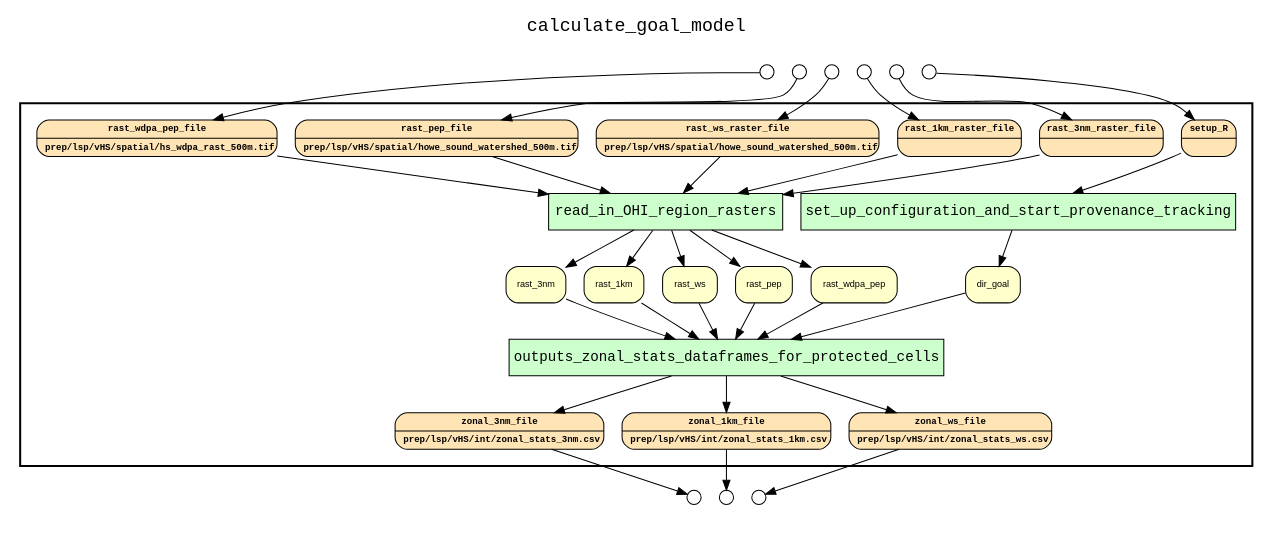
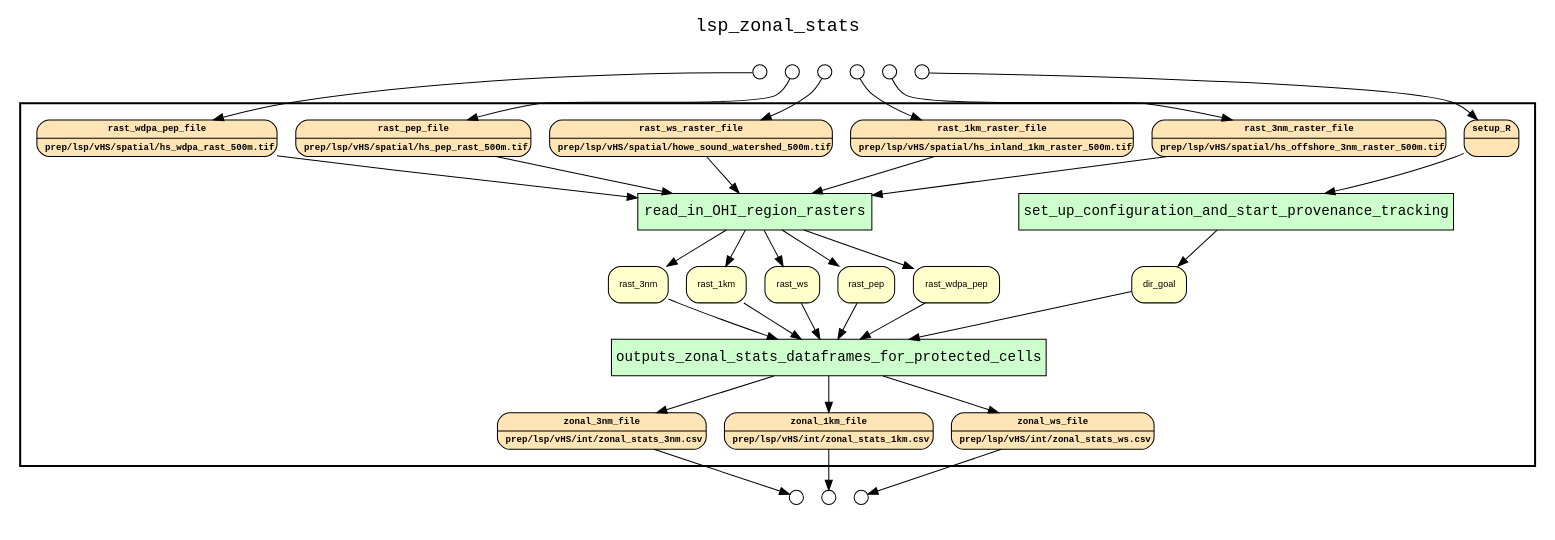
The diagram in examples/OHIBC_Howe_Sound/hybrid provenance queries/examples/lsp_zonal_stats/results/wf_recon_complete_graph_all_observables.gv (sycao5/runManager-multipleRuns), drawn with Graphviz before and after one commit. The commit also changed 106 other files, not shown here.

Commit message:
Update YW WF graphs for lsp_zonal_stats.R, estimate_status_and_trend_by_year.R, and combine_inland_offshore.R

```diff
--- a/examples/OHIBC_Howe_Sound/hybrid provenance queries/examples/lsp_zonal_stats/results/wf_recon_complete_graph_all_observables.gv
+++ b/examples/OHIBC_Howe_Sound/hybrid provenance queries/examples/lsp_zonal_stats/results/wf_recon_complete_graph_all_observables.gv
@@ -1,80 +1,80 @@
 
 digraph yw_data_view {
 rankdir=TB
 fontname=Courier; fontsize=18; labelloc=t
-label="calculate_goal_model"
+label="lsp_zonal_stats"
 subgraph cluster_workflow { label=""; color=black; penwidth=2
 subgraph cluster_workflow_inner { label=""; color=white
 node[shape=box style="filled" fillcolor="#CCFFCC" peripheries=1 fontname=Courier]
 set_up_configuration_and_start_provenance_tracking
 read_in_OHI_region_rasters
 outputs_zonal_stats_dataframes_for_protected_cells
 node[shape=box style="filled" fillcolor="#CCFFCC" peripheries=1 fontname=Courier]
 node[shape=box style="rounded,filled" fillcolor="#FFE4B5" peripheries=1 fontname="Courier-Bold" fontsize=9]
 setup_R[shape=record rankdir=LR label="{<f0> setup_R |<f1>}"]
-rast_3nm_raster_file[shape=record rankdir=LR label="{<f0> rast_3nm_raster_file |<f1>}"]
-rast_1km_raster_file[shape=record rankdir=LR label="{<f0> rast_1km_raster_file |<f1>}"]
+rast_3nm_raster_file[shape=record rankdir=LR label="{<f0> rast_3nm_raster_file |<f1>prep/lsp/vHS/spatial/hs_offshore_3nm_raster_500m.tif\l}"]
+rast_1km_raster_file[shape=record rankdir=LR label="{<f0> rast_1km_raster_file |<f1>prep/lsp/vHS/spatial/hs_inland_1km_raster_500m.tif\l}"]
 rast_ws_raster_file[shape=record rankdir=LR label="{<f0> rast_ws_raster_file |<f1>prep/lsp/vHS/spatial/howe_sound_watershed_500m.tif\l}"]
-rast_pep_file[shape=record rankdir=LR label="{<f0> rast_pep_file |<f1>prep/lsp/vHS/spatial/howe_sound_watershed_500m.tif\l}"]
+rast_pep_file[shape=record rankdir=LR label="{<f0> rast_pep_file |<f1>prep/lsp/vHS/spatial/hs_pep_rast_500m.tif\l}"]
 rast_wdpa_pep_file[shape=record rankdir=LR label="{<f0> rast_wdpa_pep_file |<f1>prep/lsp/vHS/spatial/hs_wdpa_rast_500m.tif\l}"]
 node[shape=box style="rounded,filled" fillcolor="#FFFFCC" peripheries=1 fontname=Helvetica]
 dir_goal
 rast_3nm
 rast_1km
 rast_ws
 rast_pep
 rast_wdpa_pep
 node[shape=box style="rounded,filled" fillcolor="#FFE4B5" peripheries=1 fontname="Courier-Bold" fontsize=9]
 zonal_3nm_file[shape=record rankdir=LR label="{<f0> zonal_3nm_file |<f1>prep/lsp/vHS/int/zonal_stats_3nm.csv\l}"]
 zonal_1km_file[shape=record rankdir=LR label="{<f0> zonal_1km_file |<f1>prep/lsp/vHS/int/zonal_stats_1km.csv\l}"]
 zonal_ws_file[shape=record rankdir=LR label="{<f0> zonal_ws_file |<f1>prep/lsp/vHS/int/zonal_stats_ws.csv\l}"]
 node[shape=box style="rounded,filled" fillcolor="#FFFFFF" peripheries=1 fontname=Helvetica]
 }}
 subgraph cluster_inflows { label=""; color=white; penwidth=2
 subgraph cluster_inflows_inner { label=""; color=white
 node[shape=circle fillcolor="#FFFFFF" peripheries=1 width=0.2]
 setup_R_inflow [label=""]
 rast_3nm_raster_file_inflow [label=""]
 rast_1km_raster_file_inflow [label=""]
 rast_ws_raster_file_inflow [label=""]
 rast_pep_file_inflow [label=""]
 rast_wdpa_pep_file_inflow [label=""]
 }}
 subgraph cluster_outflows { label=""; color=white; penwidth=2
 subgraph cluster_outflows_inner { label=""; color=white
 node[shape=circle fillcolor="#FFFFFF" peripheries=1 width=0.2]
 zonal_ws_file_outflow [label=""]
 zonal_1km_file_outflow [label=""]
 zonal_3nm_file_outflow [label=""]
 }}
 setup_R -> set_up_configuration_and_start_provenance_tracking
 dir_goal -> outputs_zonal_stats_dataframes_for_protected_cells
 rast_3nm_raster_file -> read_in_OHI_region_rasters
 rast_1km_raster_file -> read_in_OHI_region_rasters
 rast_ws_raster_file -> read_in_OHI_region_rasters
 rast_pep_file -> read_in_OHI_region_rasters
 rast_wdpa_pep_file -> read_in_OHI_region_rasters
 rast_3nm -> outputs_zonal_stats_dataframes_for_protected_cells
 rast_1km -> outputs_zonal_stats_dataframes_for_protected_cells
 rast_ws -> outputs_zonal_stats_dataframes_for_protected_cells
 rast_pep -> outputs_zonal_stats_dataframes_for_protected_cells
 rast_wdpa_pep -> outputs_zonal_stats_dataframes_for_protected_cells
 set_up_configuration_and_start_provenance_tracking -> dir_goal
 read_in_OHI_region_rasters -> rast_3nm
 read_in_OHI_region_rasters -> rast_1km
 read_in_OHI_region_rasters -> rast_ws
 read_in_OHI_region_rasters -> rast_pep
 read_in_OHI_region_rasters -> rast_wdpa_pep
 outputs_zonal_stats_dataframes_for_protected_cells -> zonal_3nm_file
 outputs_zonal_stats_dataframes_for_protected_cells -> zonal_1km_file
 outputs_zonal_stats_dataframes_for_protected_cells -> zonal_ws_file
 setup_R_inflow -> setup_R
 rast_3nm_raster_file_inflow -> rast_3nm_raster_file
 rast_1km_raster_file_inflow -> rast_1km_raster_file
 rast_ws_raster_file_inflow -> rast_ws_raster_file
 rast_pep_file_inflow -> rast_pep_file
 rast_wdpa_pep_file_inflow -> rast_wdpa_pep_file
 zonal_ws_file -> zonal_ws_file_outflow
 zonal_1km_file -> zonal_1km_file_outflow
 zonal_3nm_file -> zonal_3nm_file_outflow
 }
```
